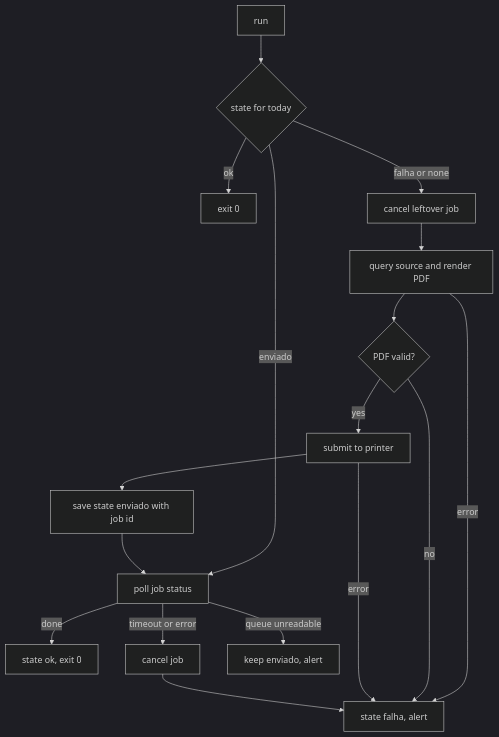
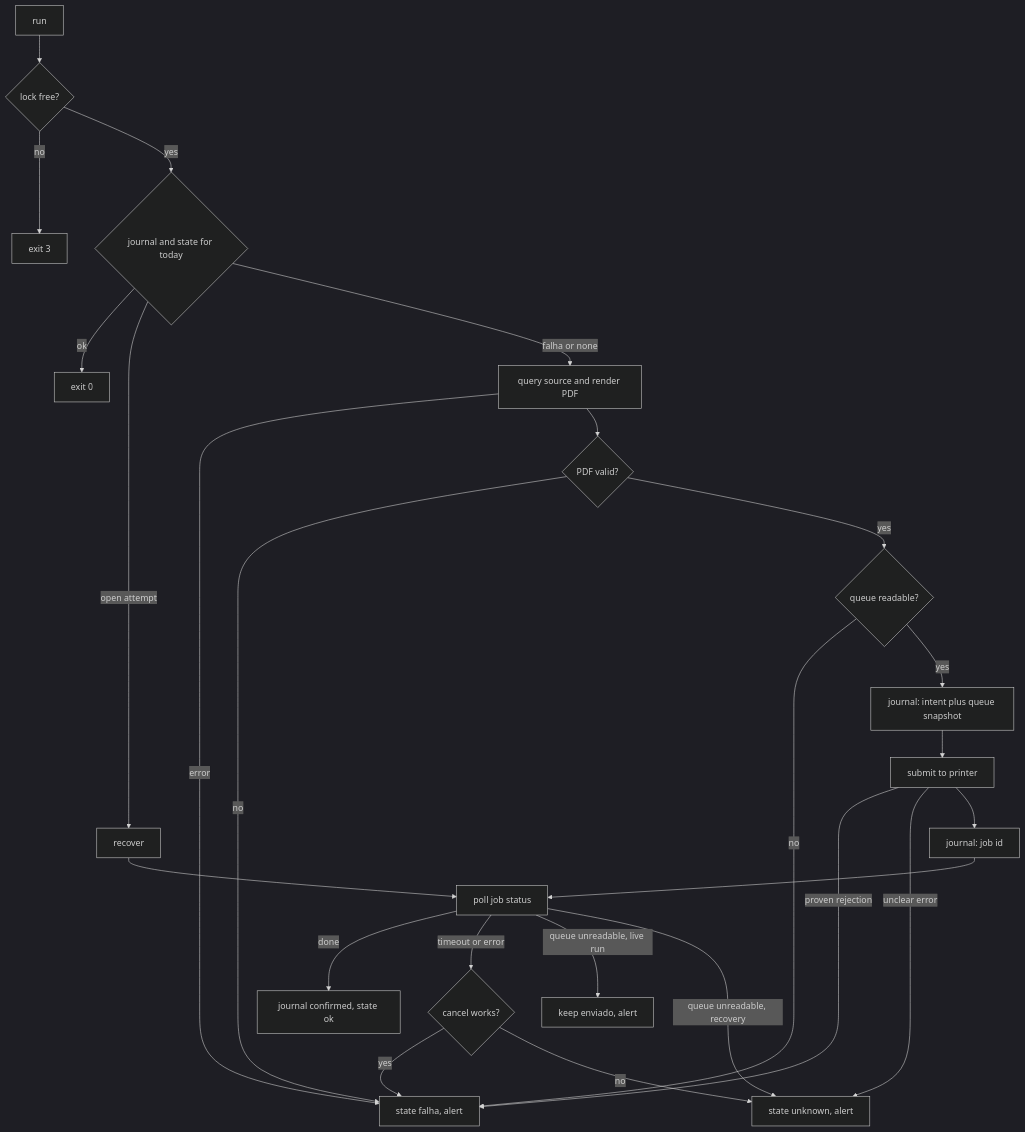
One commit to sergiomeyer23/print-guard changed the diagram in docs/architecture.md. Above: the diagram before and after it, drawn with Mermaid (dark theme). The commit also changed other lines of this file and 2 other files, not shown here.

Commit message:
document unknown state, recovery rules and new exit codes

````diff
--- a/docs/architecture.md
+++ b/docs/architecture.md
@@ -7,19 +7,27 @@
 ```mermaid
 flowchart TD
-    A[run] --> B{state for today}
+    A[run] --> L{lock free?}
+    L -->|no| BUSY[exit 3]
+    L -->|yes| B{journal and state for today}
     B -->|ok| Z[exit 0]
-    B -->|enviado| F
-    B -->|falha or none| C[cancel leftover job]
-    C --> D[query source and render PDF]
+    B -->|open attempt| R[recover]
+    B -->|falha or none| D[query source and render PDF]
     D -->|error| X[state falha, alert]
     D --> E{PDF valid?}
     E -->|no| X
-    E -->|yes| S[submit to printer]
-    S -->|error| X
-    S --> W[save state enviado with job id]
-    W --> F[poll job status]
-    F -->|done| OK[state ok, exit 0]
-    F -->|timeout or error| K[cancel job]
-    K --> X
-    F -->|queue unreadable| U[keep enviado, alert]
+    E -->|yes| Q{queue readable?}
+    Q -->|no| X
+    Q -->|yes| I[journal: intent plus queue snapshot]
+    I --> S[submit to printer]
+    S -->|proven rejection| X
+    S -->|unclear error| U[state unknown, alert]
+    S --> J[journal: job id]
+    J --> F[poll job status]
+    R --> F
+    F -->|done| OK[journal confirmed, state ok]
+    F -->|timeout or error| K{cancel works?}
+    K -->|yes| X
+    K -->|no| U
+    F -->|queue unreadable, live run| P[keep enviado, alert]
+    F -->|queue unreadable, recovery| U
 ```
````
